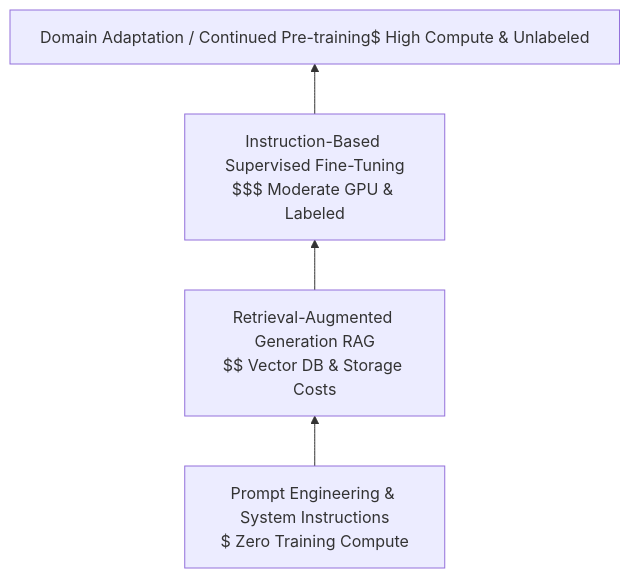
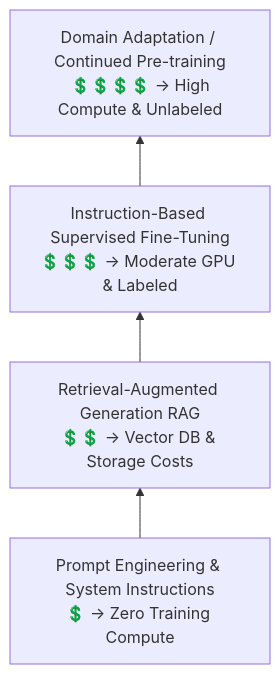
The second of 2 diagrams in docs/ai-practitioner/section-3-bedrock-generative-ai/pricing.mdx (rensaputra/aws-docs), drawn with Mermaid before and after one commit. The commit also changed other lines of this file and 9 other files, not shown here.

````diff
--- a/docs/ai-practitioner/section-3-bedrock-generative-ai/pricing.mdx
+++ b/docs/ai-practitioner/section-3-bedrock-generative-ai/pricing.mdx
@@ -62,11 +62,11 @@
 ```mermaid
 flowchart BT
-    Prompt[Prompt Engineering & System Instructions<br/>$ Zero Training Compute]
-    RAG[Retrieval-Augmented Generation RAG<br/>$$ Vector DB & Storage Costs]
-    FineTune[Instruction-Based Supervised Fine-Tuning<br/>$$$ Moderate GPU & Labeled]
-    Domain[Domain Adaptation / Continued Pre-training<br/>$$$$$ High Compute & Unlabeled]
+    Prompt[Prompt Engineering & System Instructions<br/>💲 -> Zero Training Compute]
+    RAG[Retrieval-Augmented Generation RAG<br/>💲💲 -> Vector DB & Storage Costs]
+    FineTune[Instruction-Based Supervised Fine-Tuning<br/>💲💲💲 -> Moderate GPU & Labeled]
+    Domain["Domain Adaptation / Continued Pre-training<br/> 💲💲💲💲 -> High Compute & Unlabeled"]
 
     Prompt --> RAG
     RAG --> FineTune
     FineTune --> Domain
 ```
````
